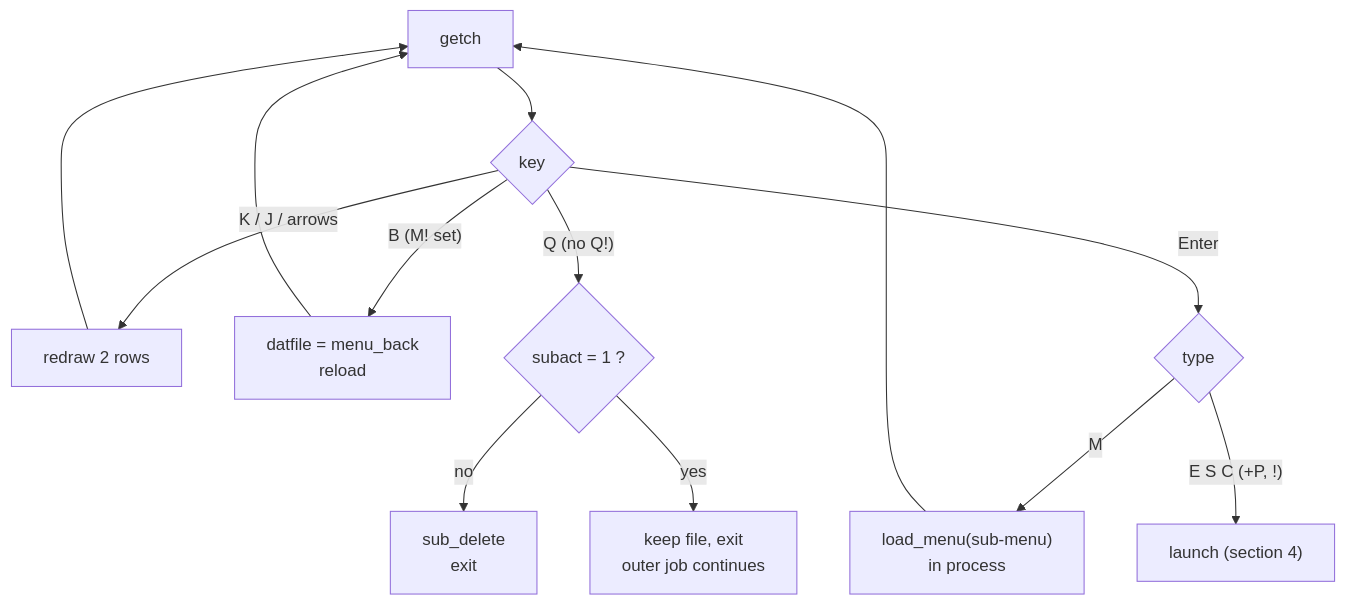
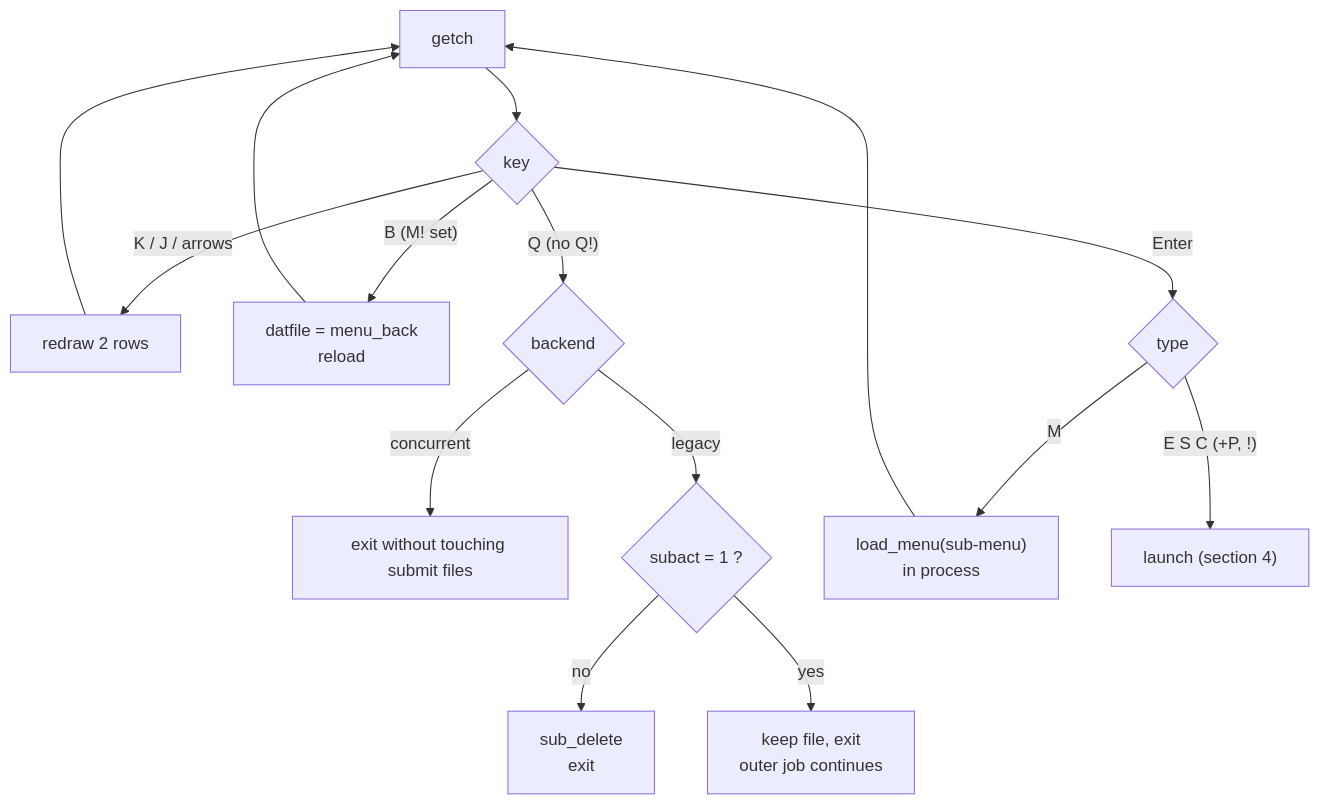
Before and after one commit to tsupplis/cpm86-menu: the third of 6 diagrams in implementation.md, drawn with Mermaid. The commit also changed other lines of this file and 15 other files, not shown here.

````diff
--- a/implementation.md
+++ b/implementation.md
@@ -82,12 +96,14 @@
 ```mermaid
 flowchart TD
     K["getch"] --> J{"key"}
     J -- "K / J / arrows" --> R["redraw 2 rows"] --> K
     J -- "B (M! set)" --> BK["datfile = menu_back<br/>reload"] --> K
-    J -- "Q (no Q!)" --> Q{"subact = 1 ?"}
+    J -- "Q (no Q!)" --> QB{"backend"}
+    QB -- concurrent --> QE["exit without touching submit files"]
+    QB -- legacy --> Q{"subact = 1 ?"}
     Q -- no --> QD["sub_delete<br/>exit"]
     Q -- yes --> QK["keep file, exit<br/>outer job continues"]
     J -- Enter --> T{"type"}
     T -- M --> MM["load_menu(sub-menu)<br/>in process"] --> K
     T -- "E S C (+P, !)" --> LA["launch (section 4)"]
 ```
````
